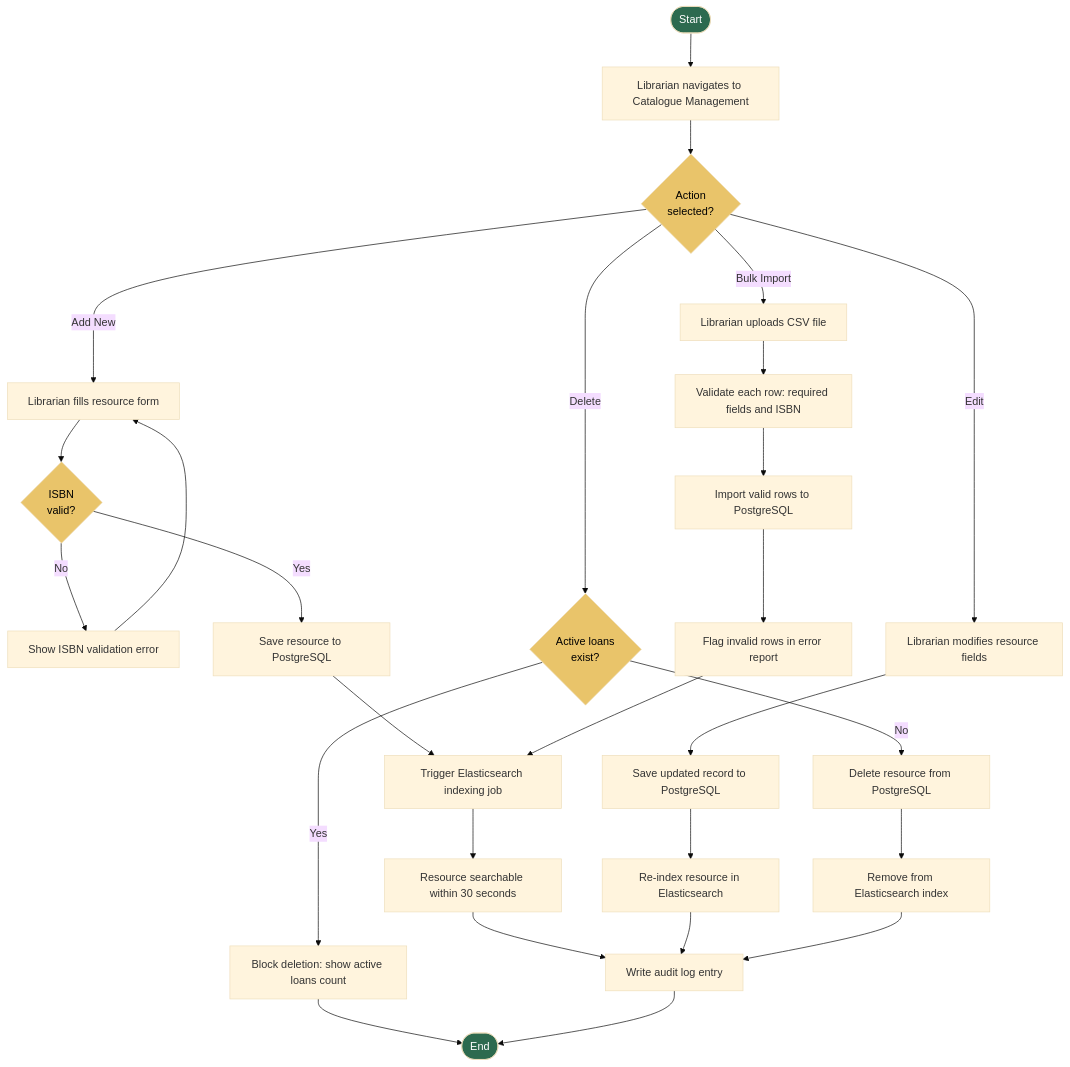
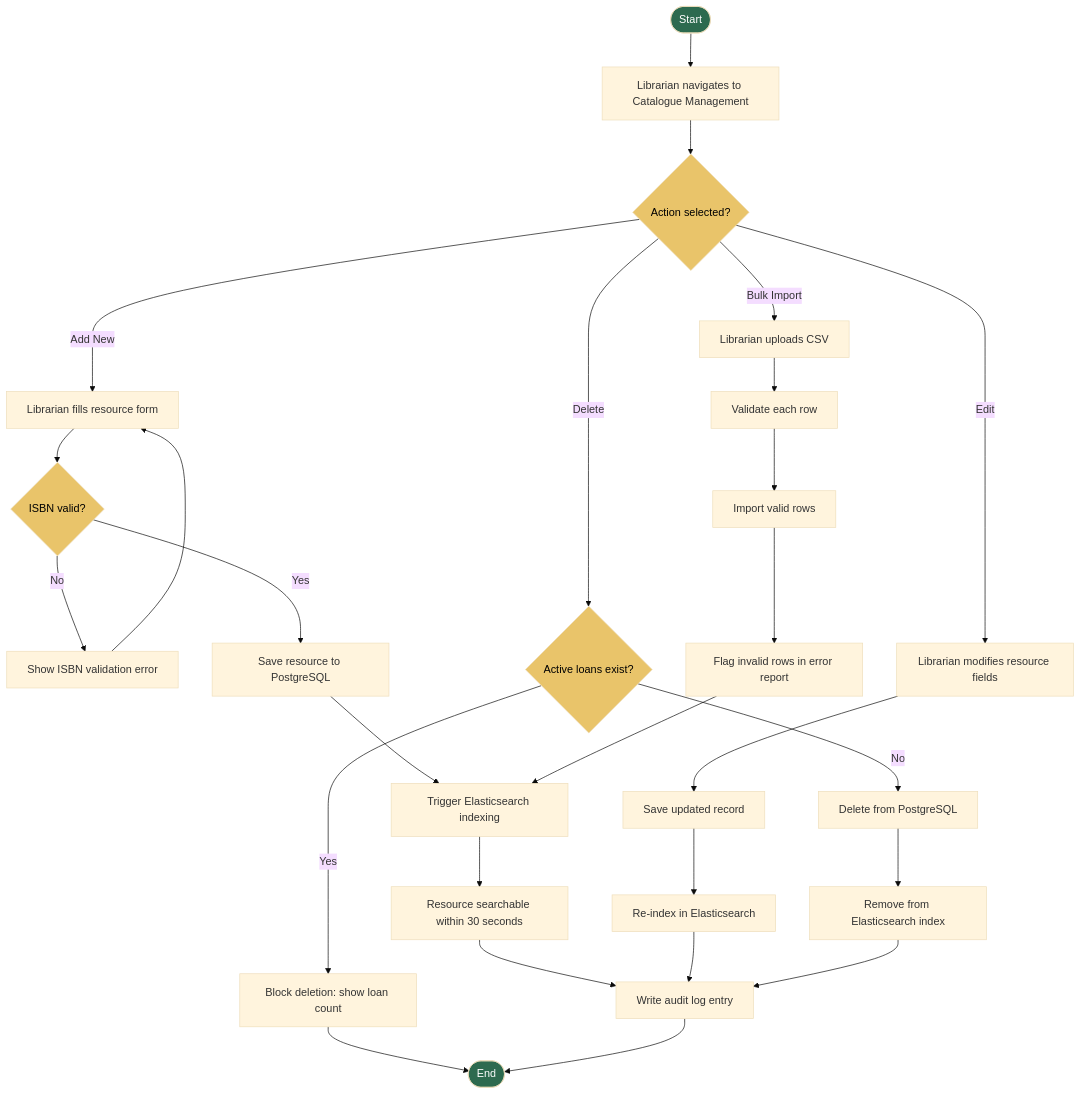
The seventh of 8 diagrams in ACTIVITY_DIAGRAMS.md (211225347/Smart-Academic-Library-Assistance-System-SALAS-), drawn with Mermaid (base theme) before and after one commit. The commit also changed other lines of this file, not shown here.

````diff
--- a/ACTIVITY_DIAGRAMS.md
+++ b/ACTIVITY_DIAGRAMS.md
@@ -291,39 +315,35 @@
 ```mermaid
 flowchart TD
     A([Start]) --> B[Librarian navigates to Catalogue Management]
-    B --> C{Action\nselected?}
+    B --> C{Action selected?}
     C -- Add New --> D[Librarian fills resource form]
-    D --> E{ISBN\nvalid?}
+    D --> E{ISBN valid?}
     E -- No --> F[Show ISBN validation error]
     F --> D
     E -- Yes --> G[Save resource to PostgreSQL]
-    G --> H[Trigger Elasticsearch indexing job]
+    G --> H[Trigger Elasticsearch indexing]
     H --> I[Resource searchable within 30 seconds]
     I --> J[Write audit log entry]
-
     C -- Edit --> K[Librarian modifies resource fields]
-    K --> L[Save updated record to PostgreSQL]
-    L --> M[Re-index resource in Elasticsearch]
+    K --> L[Save updated record]
+    L --> M[Re-index in Elasticsearch]
     M --> J
-
-    C -- Delete --> N{Active loans\nexist?}
-    N -- Yes --> O[Block deletion: show active loans count]
+    C -- Delete --> N{Active loans exist?}
+    N -- Yes --> O[Block deletion: show loan count]
     O --> Z([End])
-    N -- No --> P[Delete resource from PostgreSQL]
+    N -- No --> P[Delete from PostgreSQL]
     P --> Q[Remove from Elasticsearch index]
     Q --> J
-
-    C -- Bulk Import --> R[Librarian uploads CSV file]
-    R --> S[Validate each row: required fields and ISBN]
-    S --> T[Import valid rows to PostgreSQL]
+    C -- Bulk Import --> R[Librarian uploads CSV]
+    R --> S[Validate each row]
+    S --> T[Import valid rows]
     T --> U[Flag invalid rows in error report]
     U --> H
-
     J --> Z
 
     style A fill:#2d6a4f,color:#fff
     style Z fill:#2d6a4f,color:#fff
     style C fill:#e9c46a,color:#000
     style E fill:#e9c46a,color:#000
     style N fill:#e9c46a,color:#000
 ```
````
